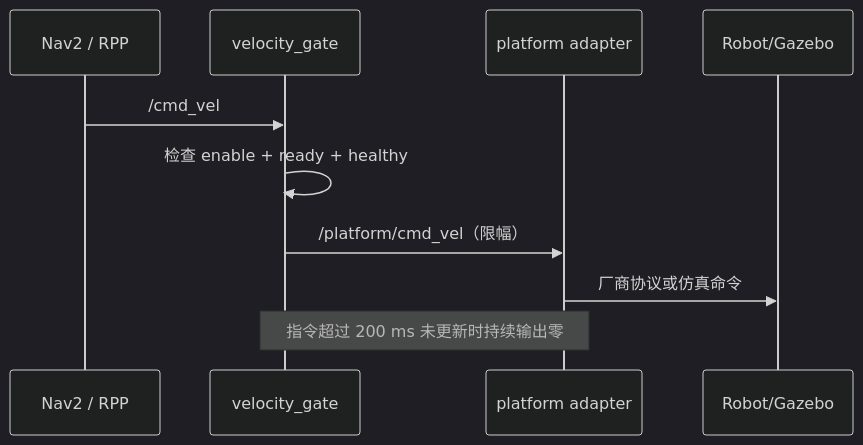
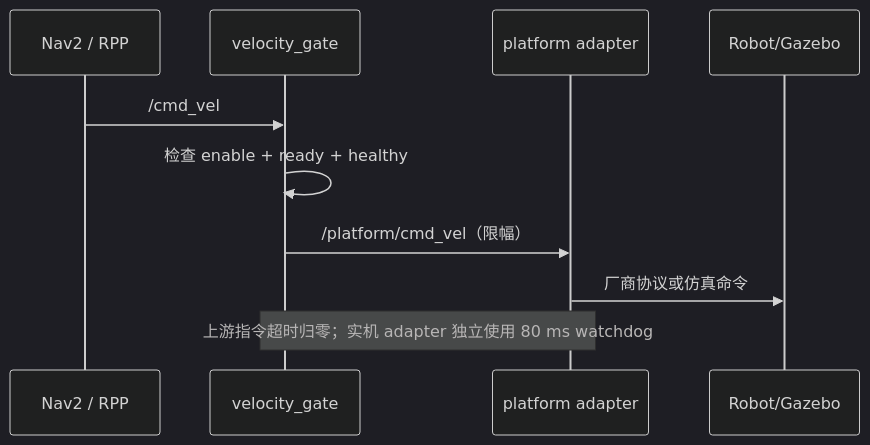
One commit to hezhou0331/ros2-nav2-mppi-gazebo-repro changed the third of 4 diagrams in README.md. Above: the diagram before and after it, drawn with Mermaid (dark theme). The commit also changed other lines of this file and 55 other files, not shown here.

````diff
--- a/README.md
+++ b/README.md
@@ -117,12 +133,12 @@
 ```mermaid
 sequenceDiagram
     participant N as Nav2 / RPP
     participant G as velocity_gate
     participant A as platform adapter
     participant R as Robot/Gazebo
     N->>G: /cmd_vel
     G->>G: 检查 enable + ready + healthy
     G->>A: /platform/cmd_vel（限幅）
     A->>R: 厂商协议或仿真命令
-    Note over G,A: 指令超过 200 ms 未更新时持续输出零
+    Note over G,A: 上游指令超时归零；实机 adapter 独立使用 80 ms watchdog
 ```
````
